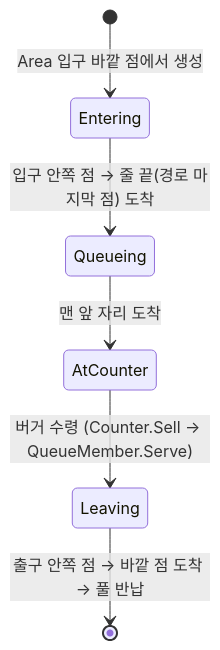
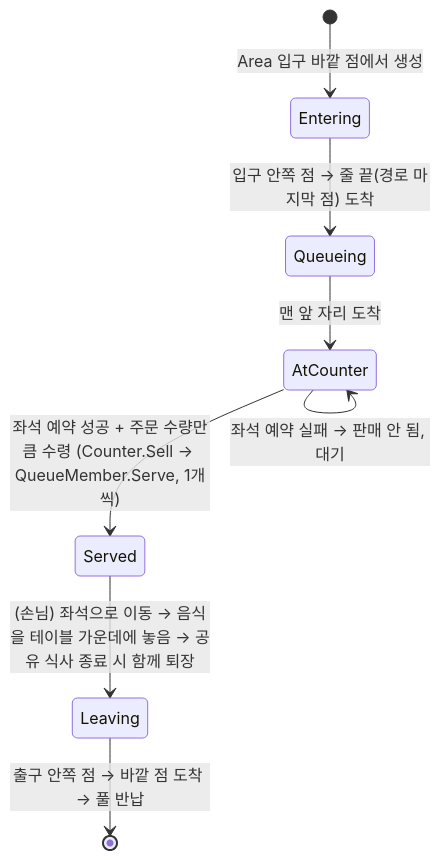
The third of 3 diagrams in Assets/Words/Wiki.md (HyunSuuuu/BPCP), drawn with Mermaid before and after one commit. The commit also changed other lines of this file and 4385 other files, not shown here.

````diff
--- a/Assets/Words/Wiki.md
+++ b/Assets/Words/Wiki.md
@@ -142,8 +142,10 @@
 ```mermaid
 stateDiagram-v2
     [*] --> Entering: Area 입구 바깥 점에서 생성
     Entering --> Queueing: 입구 안쪽 점 → 줄 끝(경로 마지막 점) 도착
     Queueing --> AtCounter: 맨 앞 자리 도착
-    AtCounter --> Leaving: 버거 수령 (Counter.Sell → QueueMember.Serve)
+    AtCounter --> AtCounter: 좌석 예약 실패 → 판매 안 됨, 대기
+    AtCounter --> Served: 좌석 예약 성공 + 주문 수량만큼 수령 (Counter.Sell → QueueMember.Serve, 1개씩)
+    Served --> Leaving: (손님) 좌석으로 이동 → 음식을 테이블 가운데에 놓음 → 공유 식사 종료 시 함께 퇴장
     Leaving --> [*]: 출구 안쪽 점 → 바깥 점 도착 → 풀 반납
 ```
````
